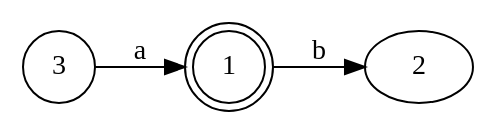
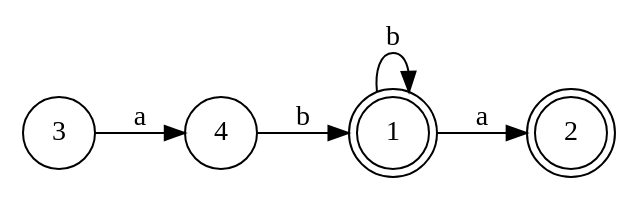
The diagram in output/min-dfa/min-dfa.gv (ZiadSheriif/AutoMajestic), drawn with Graphviz before and after one commit. The commit also changed 8 other files, not shown here.

```diff
--- a/output/min-dfa/min-dfa.gv
+++ b/output/min-dfa/min-dfa.gv
@@ -1,7 +1,11 @@
 digraph MIN_DFA {
 	1 [shape=doublecircle]
-	1 -> 2 [label=b]
+	1 -> 2 [label=a]
+	1 -> 1 [label=b]
 	3 [shape=circle]
-	3 -> 1 [label=a]
+	3 -> 4 [label=a]
+	4 [shape=circle]
+	4 -> 1 [label=b]
+	2 [shape=doublecircle]
 	rankdir=LR
 }
```
